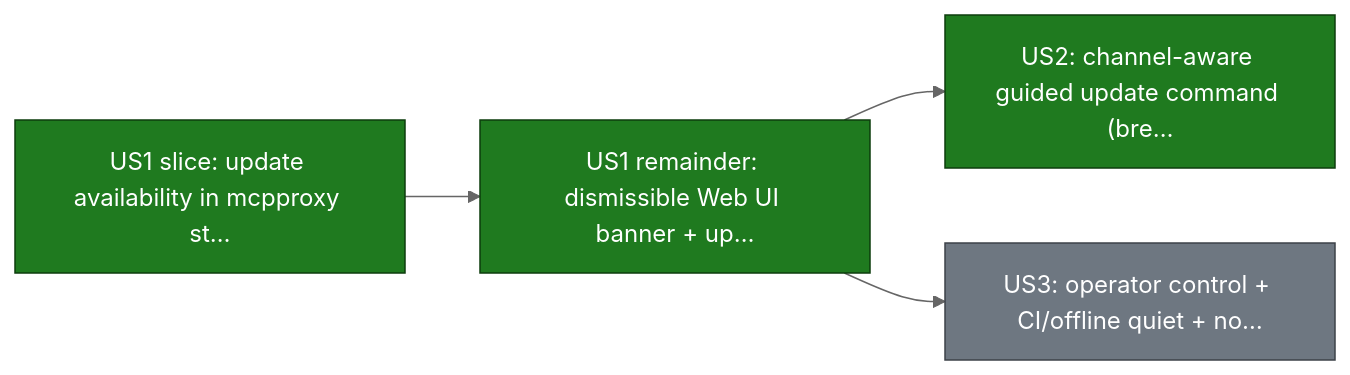
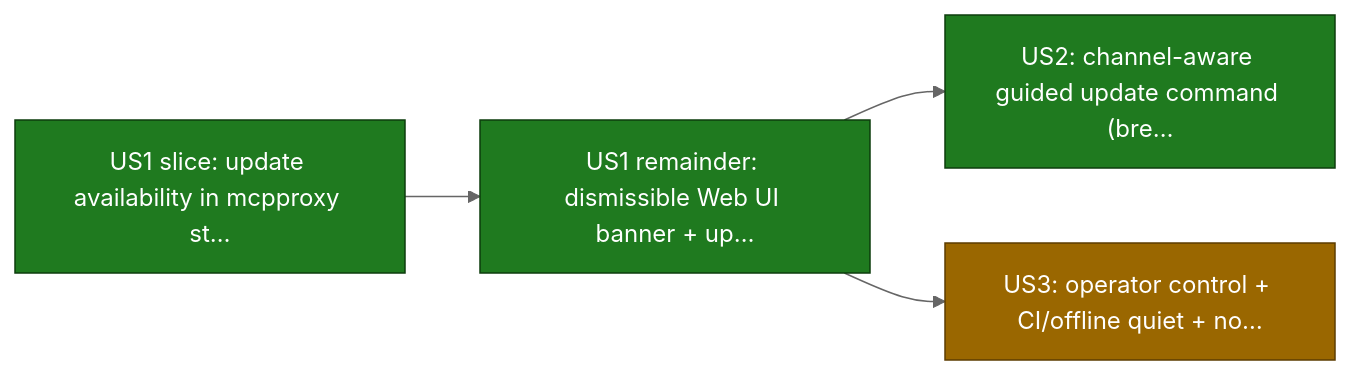
One commit to smart-mcp-proxy/mcpproxy-go changed the second of 17 diagrams in ROADMAP.md. Above: the diagram before and after it, drawn with Mermaid (neutral theme). The commit also changed other lines of this file and 1 other file, not shown here.

Commit message:
chore(roadmap): connect-trust done (#910); upgrade-nudge-quiet in_review (#911)

````diff
--- a/ROADMAP.md
+++ b/ROADMAP.md
@@ -92,16 +92,16 @@
 ```mermaid
 graph LR
   upgrade_nudge_status_log["US1 slice: update availability in mcpproxy st…"]
   upgrade_nudge_surfacing["US1 remainder: dismissible Web UI banner + up…"]
   upgrade_nudge_channel["US2: channel-aware guided update command (bre…"]
   upgrade_nudge_quiet["US3: operator control + CI/offline quiet + no…"]
 
   upgrade_nudge_status_log --> upgrade_nudge_surfacing
   upgrade_nudge_surfacing --> upgrade_nudge_channel
   upgrade_nudge_surfacing --> upgrade_nudge_quiet
 
   classDef done fill:#1f7a1f,stroke:#0d3d0d,color:#ffffff;
-  classDef todo fill:#6e7781,stroke:#3d4248,color:#ffffff;
+  classDef in_review fill:#9a6700,stroke:#5c3d00,color:#ffffff;
   class upgrade_nudge_status_log,upgrade_nudge_surfacing,upgrade_nudge_channel done;
-  class upgrade_nudge_quiet todo;
+  class upgrade_nudge_quiet in_review;
 ```
````
